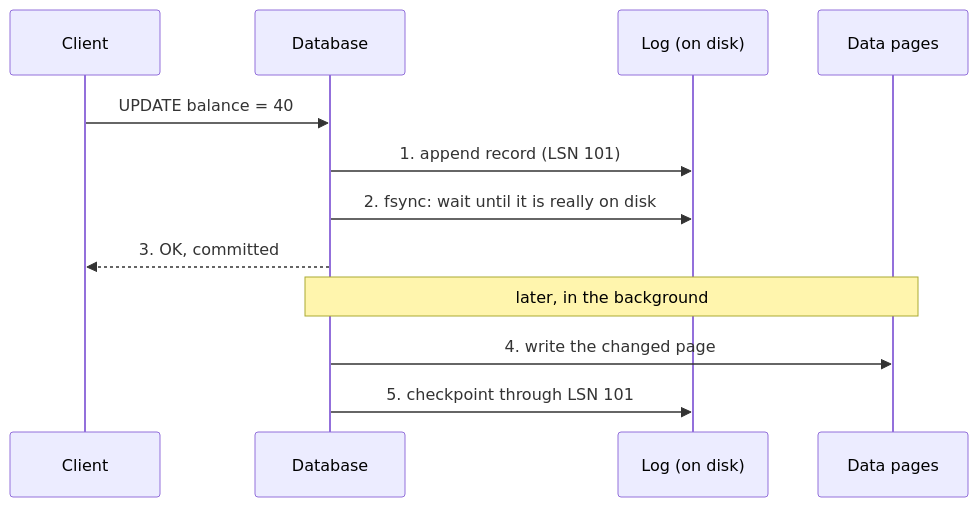
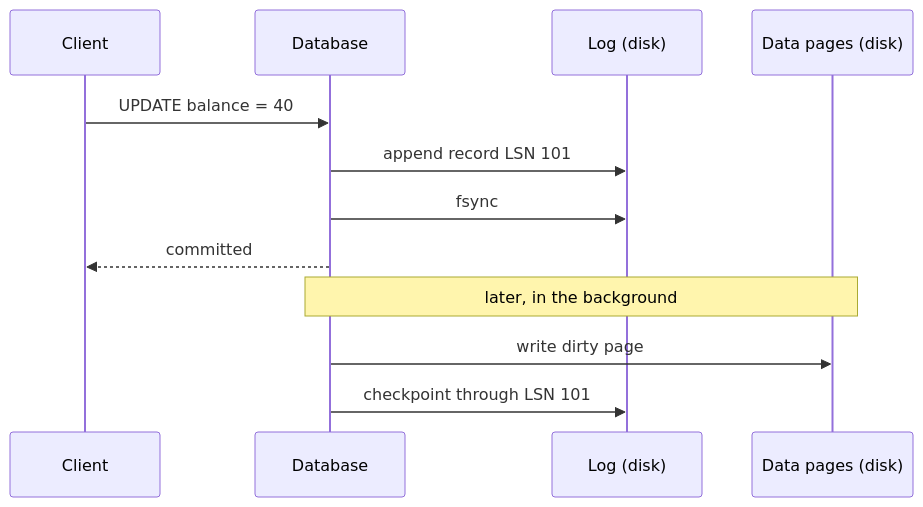
The second of 2 diagrams in concepts/m1-storage-and-data/c01-write-ahead-log/post.md (MeetSoneji/architect-playbook), drawn with Mermaid before and after one commit. The commit also changed other lines of this file and 10 other files, not shown here.

````diff
--- a/concepts/m1-storage-and-data/c01-write-ahead-log/post.md
+++ b/concepts/m1-storage-and-data/c01-write-ahead-log/post.md
@@ -40,14 +152,14 @@
 ```mermaid
 sequenceDiagram
     participant C as Client
     participant DB as Database
-    participant L as Log (on disk)
-    participant P as Data pages
+    participant L as Log (disk)
+    participant P as Data pages (disk)
     C->>DB: UPDATE balance = 40
-    DB->>L: 1. append record (LSN 101)
-    DB->>L: 2. fsync: wait until it is really on disk
-    DB-->>C: 3. OK, committed
+    DB->>L: append record LSN 101
+    DB->>L: fsync
+    DB-->>C: committed
     Note over DB,P: later, in the background
-    DB->>P: 4. write the changed page
-    DB->>L: 5. checkpoint through LSN 101
+    DB->>P: write dirty page
+    DB->>L: checkpoint through LSN 101
 ```
````
